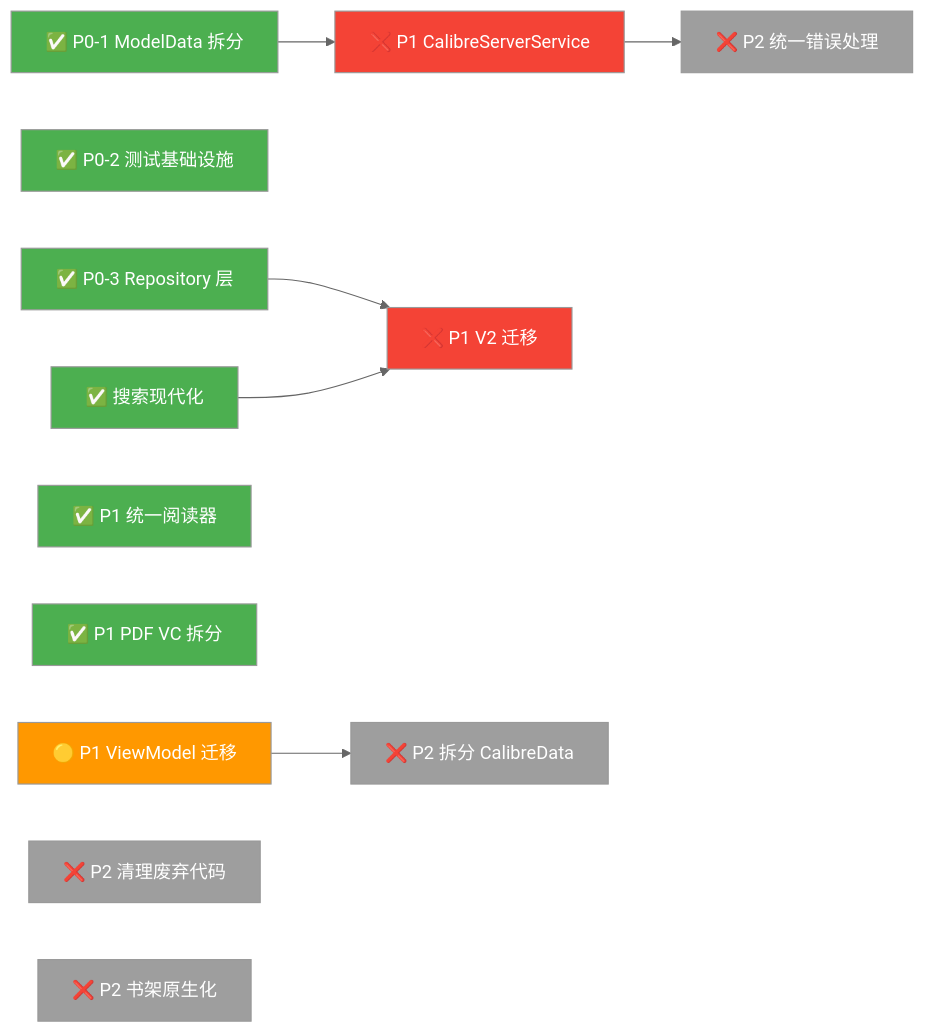
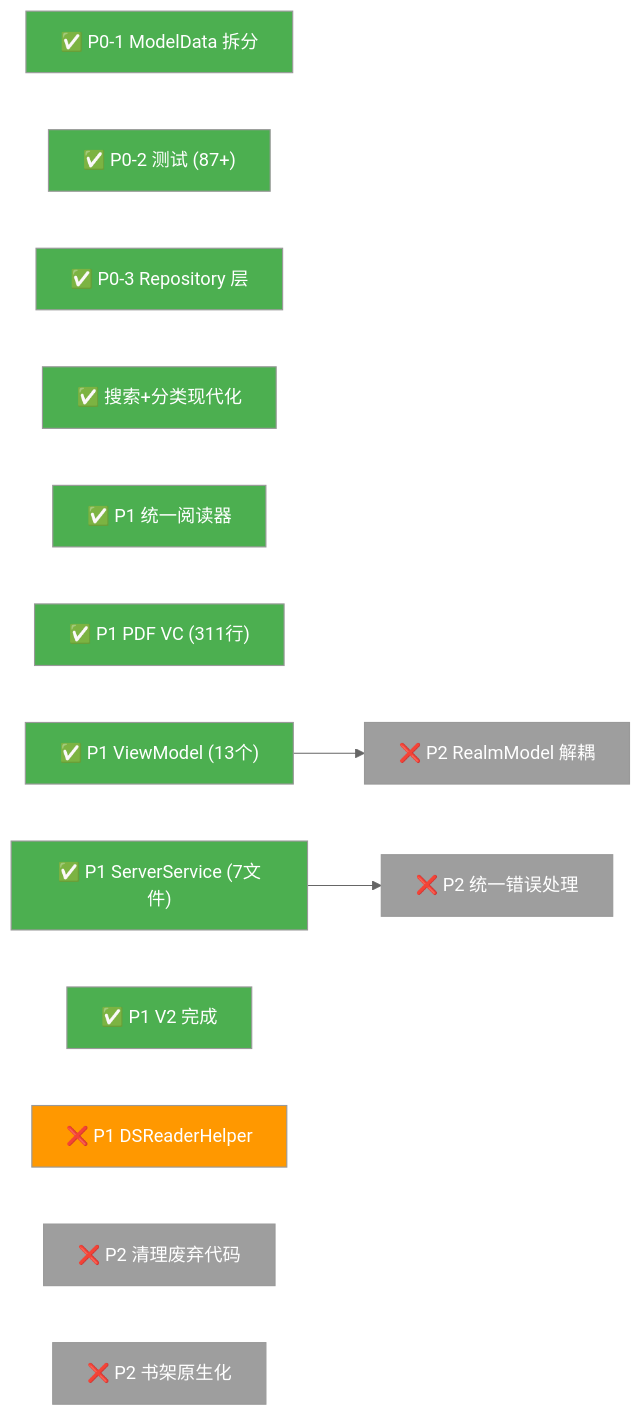
One commit to drearycold/YetAnotherEBookReader changed the third of 3 diagrams in .agents/plans/REFACTOR_PLAN.claude.progress.md. Above: the diagram before and after it, drawn with Mermaid (neutral theme). The commit also changed other lines of this file and 6 other files, not shown here.

````diff
--- a/.agents/plans/REFACTOR_PLAN.claude.progress.md
+++ b/.agents/plans/REFACTOR_PLAN.claude.progress.md
@@ -275,38 +299,37 @@
 ```mermaid
 graph LR
     P0_ModelData["✅ P0-1 ModelData 拆分"]
-    P0_Test["✅ P0-2 测试基础设施"]
+    P0_Test["✅ P0-2 测试 (87+)"]
     P0_Repo["✅ P0-3 Repository 层"]
-    P0_Search["✅ 搜索现代化"]
+    P0_Search["✅ 搜索+分类现代化"]
     
     P1_Reader["✅ P1 统一阅读器"]
-    P1_PDF["✅ P1 PDF VC 拆分"]
-    P1_VM["🟡 P1 ViewModel 迁移"]
-    P1_Network["❌ P1 CalibreServerService"]
-    P1_V2["❌ P1 V2 迁移"]
+    P1_PDF["✅ P1 PDF VC (311行)"]
+    P1_VM["✅ P1 ViewModel (13个)"]
+    P1_Network["✅ P1 ServerService (7文件)"]
+    P1_V2["✅ P1 V2 完成"]
+    P1_DSReader["❌ P1 DSReaderHelper"]
     
     P2_Clean["❌ P2 清理废弃代码"]
-    P2_Data["❌ P2 拆分 CalibreData"]
+    P2_Realm["❌ P2 RealmModel 解耦"]
     P2_Shelf["❌ P2 书架原生化"]
     P2_Error["❌ P2 统一错误处理"]
 
-    P0_ModelData --> P1_Network
-    P0_Repo --> P1_V2
-    P0_Search --> P1_V2
-    P1_VM --> P2_Data
     P1_Network --> P2_Error
+    P1_VM --> P2_Realm
     
     style P0_ModelData fill:#4CAF50,color:#fff
     style P0_Test fill:#4CAF50,color:#fff
     style P0_Repo fill:#4CAF50,color:#fff
     style P0_Search fill:#4CAF50,color:#fff
     style P1_Reader fill:#4CAF50,color:#fff
     style P1_PDF fill:#4CAF50,color:#fff
-    style P1_VM fill:#FF9800,color:#fff
-    style P1_Network fill:#F44336,color:#fff
-    style P1_V2 fill:#F44336,color:#fff
+    style P1_VM fill:#4CAF50,color:#fff
+    style P1_Network fill:#4CAF50,color:#fff
+    style P1_V2 fill:#4CAF50,color:#fff
+    style P1_DSReader fill:#FF9800,color:#fff
     style P2_Clean fill:#9E9E9E,color:#fff
-    style P2_Data fill:#9E9E9E,color:#fff
+    style P2_Realm fill:#9E9E9E,color:#fff
     style P2_Shelf fill:#9E9E9E,color:#fff
     style P2_Error fill:#9E9E9E,color:#fff
 ```
````
